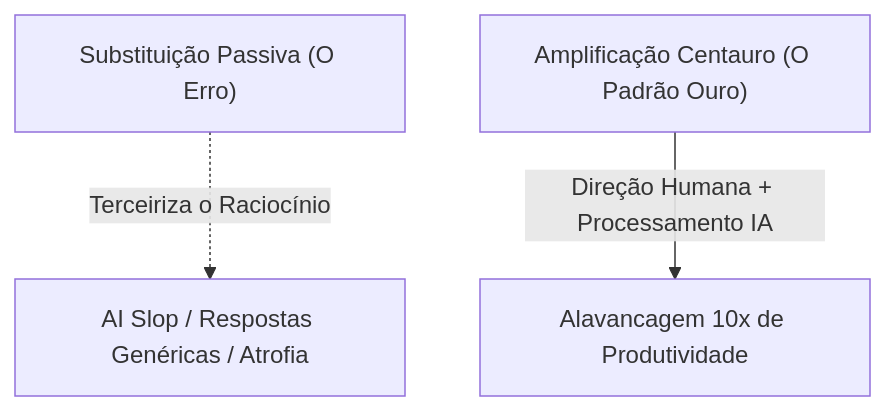
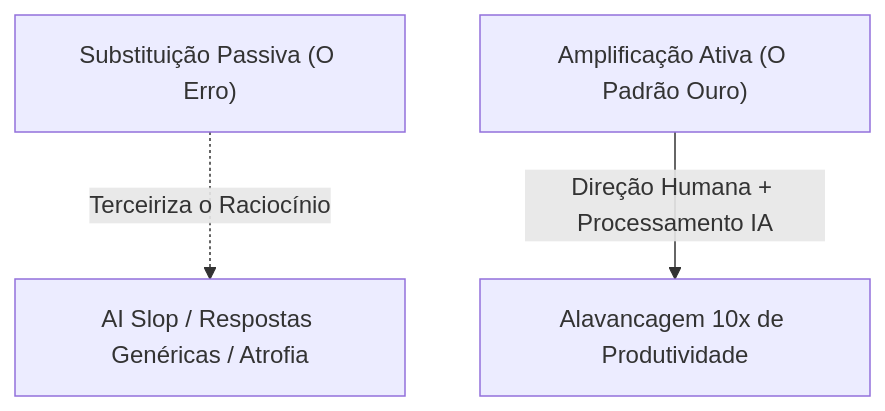
The second of 2 diagrams in content/01_IA_e_Segundo_Cerebro/01-ia-na-pratica-amplificacao-vs-substituicao.md (7arthurfmelo-source/wiki), drawn with Mermaid before and after one commit. The commit also changed other lines of this file and 3 other files, not shown here.

````diff
--- a/content/01_IA_e_Segundo_Cerebro/01-ia-na-pratica-amplificacao-vs-substituicao.md
+++ b/content/01_IA_e_Segundo_Cerebro/01-ia-na-pratica-amplificacao-vs-substituicao.md
@@ -99,5 +100,5 @@
 ```mermaid
 graph TD
     Sub["Substituição Passiva (O Erro)"] -.->|Terceiriza o Raciocínio| Slop["AI Slop / Respostas Genéricas / Atrofia"]
-    Amp["Amplificação Centauro (O Padrão Ouro)"] -->|Direção Humana + Processamento IA| ROI["Alavancagem 10x de Produtividade"]
+    Amp["Amplificação Ativa (O Padrão Ouro)"] -->|Direção Humana + Processamento IA| ROI["Alavancagem 10x de Produtividade"]
 ```
````
